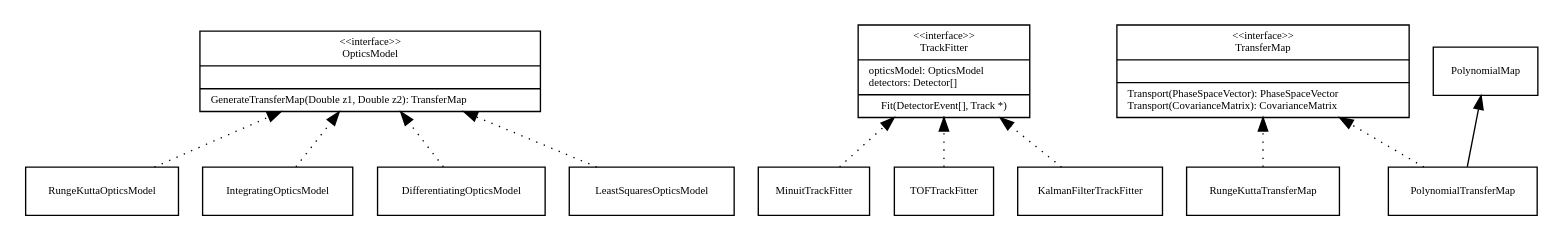
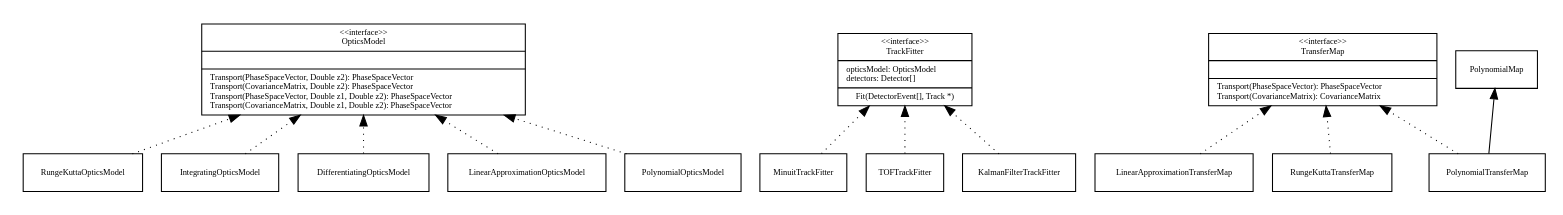
One commit to mice-software/maus changed the diagram in doc/doc_src/reconstruction/class_hierarchy_interfaces.dot. Above: the diagram before and after it, drawn with Graphviz. The commit also changed 5 other files, not shown here.

```diff
--- a/doc/doc_src/reconstruction/class_hierarchy_interfaces.dot
+++ b/doc/doc_src/reconstruction/class_hierarchy_interfaces.dot
@@ -1,88 +1,96 @@
 digraph G {
   fontname = "Bitstream Vera Sans"
   fontsize = 10
   size = "8.5 11"
 
   rankdir = "BT"
 
   node [
     fontname = "Bitstream Vera Sans"
     fontsize = 8
     shape = "record"
   ]
 
   edge [
     fontname = "Bitstream Vera Sans"
     fontsize = 8
   ]
 
   OpticsModel [
-    label = "{\<\<interface\>\>\n\N||GenerateTransferMap(Double z1, Double z2): TransferMap\l}"
+    label = "{\<\<interface\>\>\n\N||Transport(PhaseSpaceVector, Double z2): PhaseSpaceVector\lTransport(CovarianceMatrix, Double z2): PhaseSpaceVector\lTransport(PhaseSpaceVector, Double z1, Double z2): PhaseSpaceVector\lTransport(CovarianceMatrix, Double z1, Double z2): PhaseSpaceVector\l}"
   ]
 
   TrackFitter [
     label = "{\<\<interface\>\>\n\N|opticsModel: OpticsModel\ldetectors: Detector[]\l|Fit(DetectorEvent[], Track *)}"
   ]
 
   RungeKuttaOpticsModel [
   ]
 
   IntegratingOpticsModel [
   ]
 
   DifferentiatingOpticsModel [
   ]
 
-  LeastSquaresOpticsModel [
+  LinearApproximationOpticsModel [
+  ]
+
+  PolynomialOpticsModel [
   ]
 
   TransferMap [
     label = "{\<\<interface\>\>\n\N||Transport(PhaseSpaceVector): PhaseSpaceVector\lTransport(CovarianceMatrix): CovarianceMatrix\l}"
     pos = "10,50"
   ]
 
   PolynomialMap [
+  ]
+
+  LinearApproximationTransferMap [
   ]
 
   PolynomialTransferMap [
   ]
 
   RungeKuttaTransferMap [
   ]
 
   MinuitTrackFitter [
   ]
 
   TOFTrackFitter [
   ]
 
   KalmanFilterTrackFitter [
   ]
 
   edge [
     style = "solid"
   ]
 
   PolynomialTransferMap -> PolynomialMap
 
   edge [
     style = "dotted"
   ]
 
   RungeKuttaOpticsModel -> OpticsModel
   IntegratingOpticsModel -> OpticsModel
   DifferentiatingOpticsModel -> OpticsModel
-  LeastSquaresOpticsModel -> OpticsModel
+  PolynomialOpticsModel -> OpticsModel
+  LinearApproximationOpticsModel -> OpticsModel
+  LinearApproximationTransferMap -> TransferMap
   PolynomialTransferMap -> TransferMap
   RungeKuttaTransferMap -> TransferMap
   MinuitTrackFitter -> TrackFitter
   TOFTrackFitter -> TrackFitter
   KalmanFilterTrackFitter -> TrackFitter
 
   edge [
     style = "solid"
     arrowhead = "none"
 
     headlabel = "1"
   ]
 }
```
